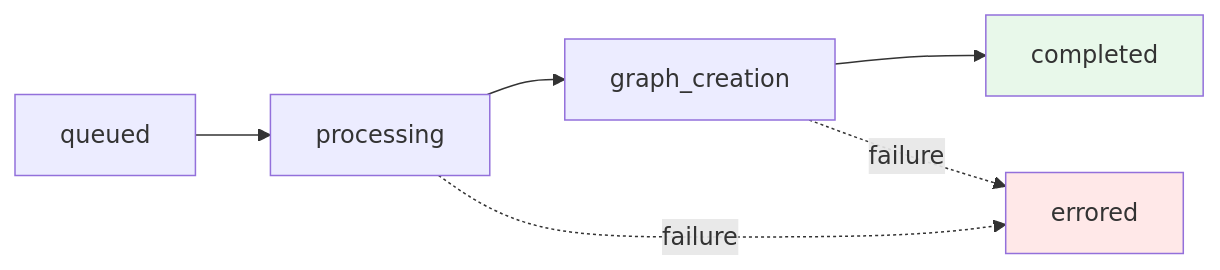
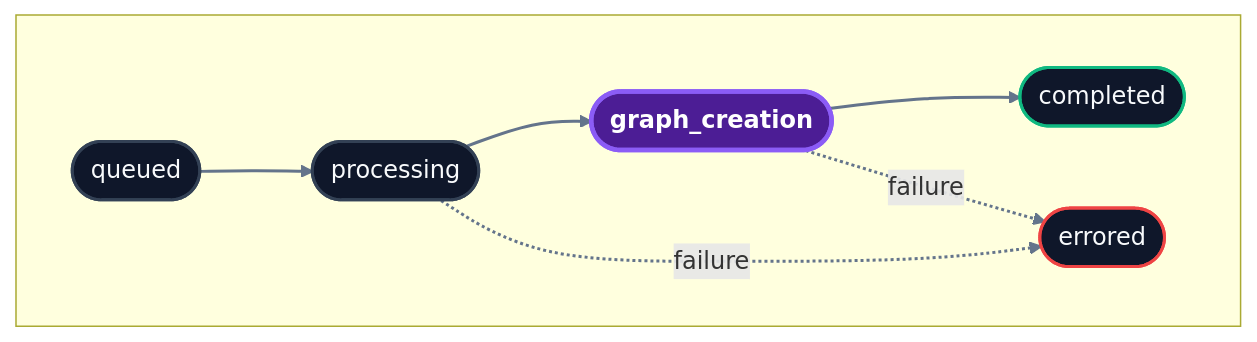
One commit to rupamghosh2006/mintlify-docs changed the diagram in api-reference/endpoint/verify-processing.mdx. Above: the diagram before and after it, drawn with Mermaid. The commit also changed 3 other files, not shown here.

````diff
--- a/api-reference/endpoint/verify-processing.mdx
+++ b/api-reference/endpoint/verify-processing.mdx
@@ -101,11 +101,30 @@
 ```mermaid
 flowchart LR
-    Q[queued] --> P[processing]
-    P --> G[graph_creation]
-    G --> C[completed]
-    P -.failure.-> E[errored]
+    %% HydraDB Dark Mode Styling System
+    classDef standard fill:#0f172a,stroke:#334155,stroke-width:2px,color:#f8fafc;
+    classDef innovation fill:#4c1d95,stroke:#8b5cf6,stroke-width:3px,color:#ffffff,font-weight:bold;
+    classDef success fill:#0f172a,stroke:#10b981,stroke-width:2px,color:#f8fafc;
+    classDef failure fill:#0f172a,stroke:#ef4444,stroke-width:2px,color:#f8fafc;
+
+    subgraph processing_flow [ ]
+      direction LR
+      Q([queued])
+      P([processing])
+      G([graph_creation])
+      C([completed])
+      E([errored])
+    end
+
+    Q --> P
+    P --> G
+    G --> C
+    P -.failure.-> E
     G -.failure.-> E
 
-    style C fill:#e8f8ea
-    style E fill:#ffe8e8
+    class Q,P standard;
+    class G innovation;
+    class C success;
+    class E failure;
+
+    linkStyle default stroke:#64748b,stroke-width:2px;
 ```
````
